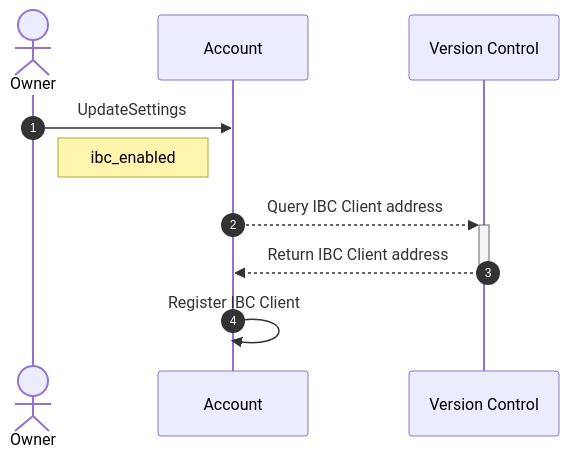
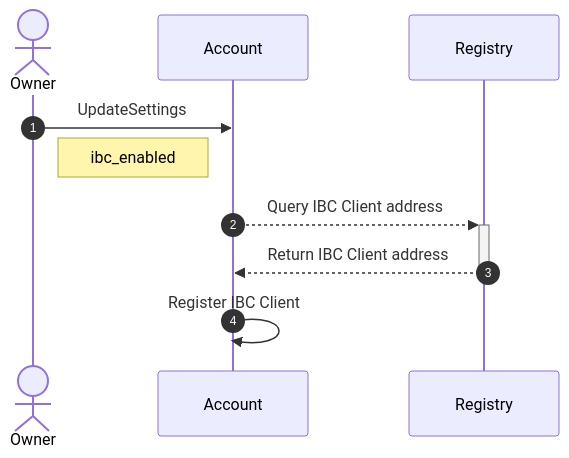
Before and after one commit to AbstractSDK/abstract: the third of 3 diagrams in framework/docs/src/3_framework/3_architecture.md, drawn with Mermaid. The commit also changed 14 other files, not shown here.

Commit message:
rename all references to version control to registry in docs

````diff
--- a/framework/docs/src/3_framework/3_architecture.md
+++ b/framework/docs/src/3_framework/3_architecture.md
@@ -61,13 +61,13 @@
 ```mermaid
 sequenceDiagram
     autonumber
     actor U as Owner
     participant M as Account
-    participant VC as Version Control
+    participant REG as Registry
 
     U ->> M: UpdateSettings
     Note right of U: ibc_enabled
-    M -->>+ VC: Query IBC Client address
-    VC -->>- M: Return IBC Client address
+    M -->>+ REG: Query IBC Client address
+    REG -->>- M: Return IBC Client address
     M ->> M: Register IBC Client
 ```
````
